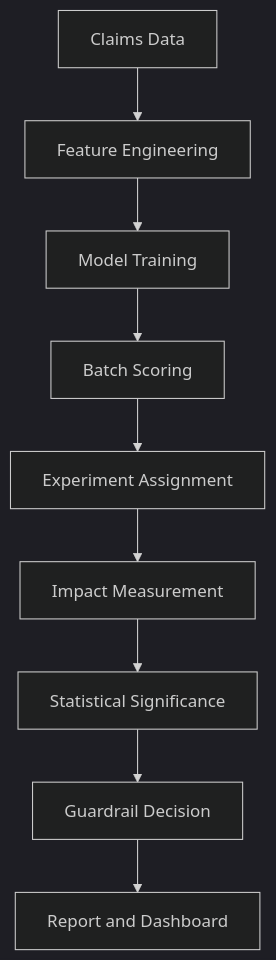
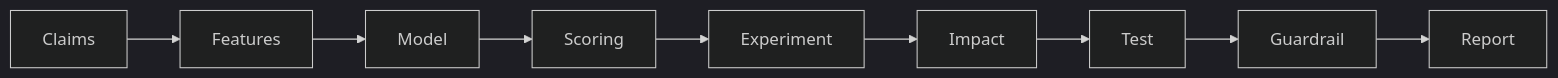
Before and after one commit to Obok-obok/awesome-fds: the diagram in README.md, drawn with Mermaid (dark theme). The commit also changed other lines of this file, not shown here.

````diff
--- a/README.md
+++ b/README.md
@@ -46,11 +48,11 @@
 ```mermaid
-flowchart TD
-A[Claims Data] --> B[Feature Engineering]
-B --> C[Model Training]
-C --> D[Batch Scoring]
-D --> E[Experiment Assignment]
-E --> F[Impact Measurement]
-F --> G[Statistical Significance]
-G --> H[Guardrail Decision]
-H --> I[Report and Dashboard]
+flowchart LR
+A[Claims] --> B[Features]
+B --> C[Model]
+C --> D[Scoring]
+D --> E[Experiment]
+E --> F[Impact]
+F --> G[Test]
+G --> H[Guardrail]
+H --> I[Report]
 ```
````
